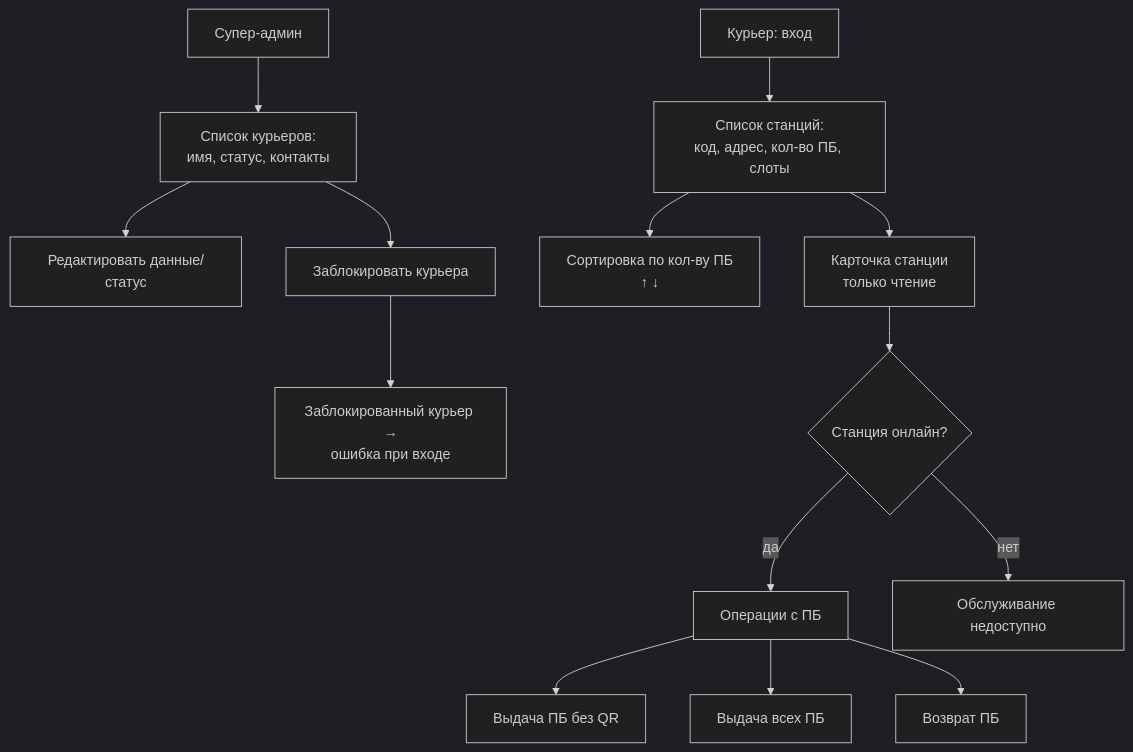
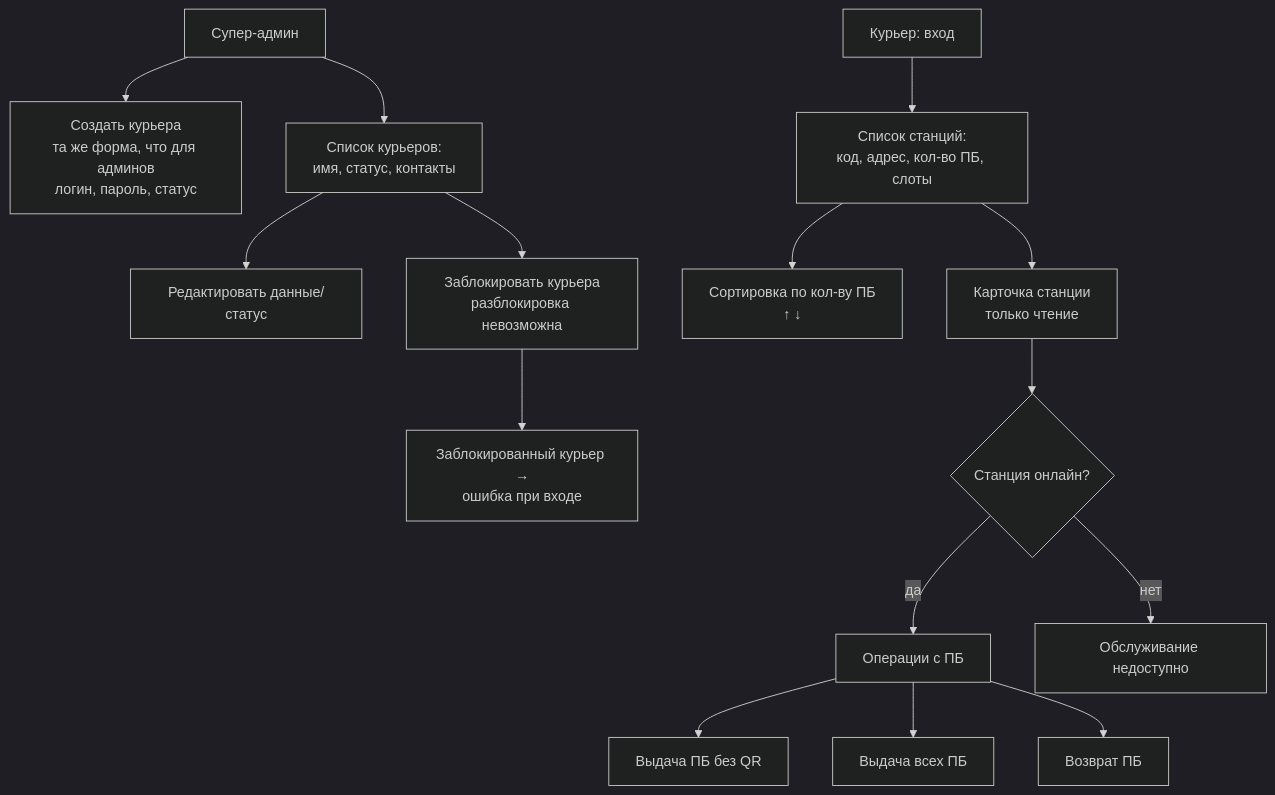
Before and after one commit to yatsin11-gif/example: the first of 2 diagrams in gozap-documentation/sa/docs/admin/courier-management/diagrams/overview.md, drawn with Mermaid (dark theme). The commit also changed other lines of this file and 7 other files, not shown here.

````diff
--- a/gozap-documentation/sa/docs/admin/courier-management/diagrams/overview.md
+++ b/gozap-documentation/sa/docs/admin/courier-management/diagrams/overview.md
@@ -7,17 +7,18 @@
 ```mermaid
 flowchart TD
-    SA[Супер-админ] --> CL[Список курьеров:<br/>имя, статус, контакты]
+    SA[Супер-админ] --> CREATE[Создать курьера<br/>та же форма, что для админов<br/>логин, пароль, статус]
+    SA --> CL[Список курьеров:<br/>имя, статус, контакты]
     CL --> EDIT[Редактировать данные/статус]
-    CL --> BLOCK[Заблокировать курьера]
+    CL --> BLOCK[Заблокировать курьера<br/>разблокировка невозможна]
     BLOCK --> ERR[Заблокированный курьер →<br/>ошибка при входе]
 
     C[Курьер: вход] --> SL[Список станций:<br/>код, адрес, кол-во ПБ, слоты]
     SL --> SORT[Сортировка по кол-ву ПБ<br/>↑ ↓]
     SL --> CARD[Карточка станции<br/>только чтение]
     CARD --> ON{Станция онлайн?}
     ON -->|да| OPS[Операции с ПБ]
     ON -->|нет| NOOPS[Обслуживание недоступно]
     OPS --> DISP[Выдача ПБ без QR]
     OPS --> ALL[Выдача всех ПБ]
     OPS --> RET[Возврат ПБ]
 ```
````
